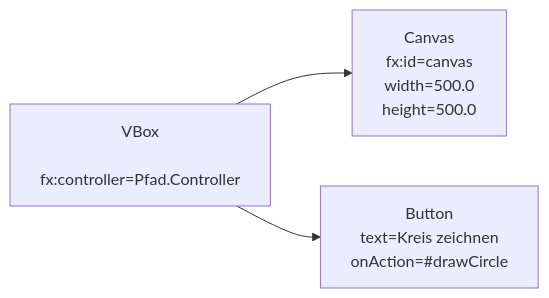
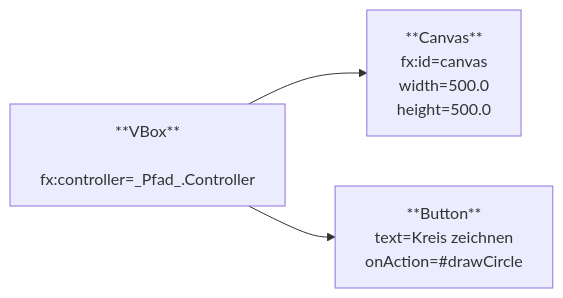
One commit to jappuccini/java-docs changed the second of 2 diagrams in docs/exercises/javafx/javafx01.md. Above: the diagram before and after it, drawn with Mermaid. The commit also changed other lines of this file and 7 other files, not shown here.

Commit message:
Fix Mermaid for JavaFX Exercises

````diff
--- a/docs/exercises/javafx/javafx01.md
+++ b/docs/exercises/javafx/javafx01.md
@@ -31,15 +29,14 @@
 ```mermaid
 flowchart LR
-	vbox[VBox
-	     fx:controller=Pfad.Controller]
-	canvas[Canvas
-	       fx:id=canvas
-	       width=500.0
-	       height=500.0]
-	button[Button
-	       text=Kreis zeichnen
-	       onAction=#drawCircle]
-
-    vbox --> canvas
-    vbox --> button
+   vbox[**VBox**
+   fx:controller=_Pfad_.Controller]
+   canvas[**Canvas**
+   fx:id=canvas
+   width=500.0
+   height=500.0]
+   button[**Button**
+   text=Kreis zeichnen
+   onAction=#drawCircle]
+   vbox --> canvas
+   vbox --> button
 ```
````
